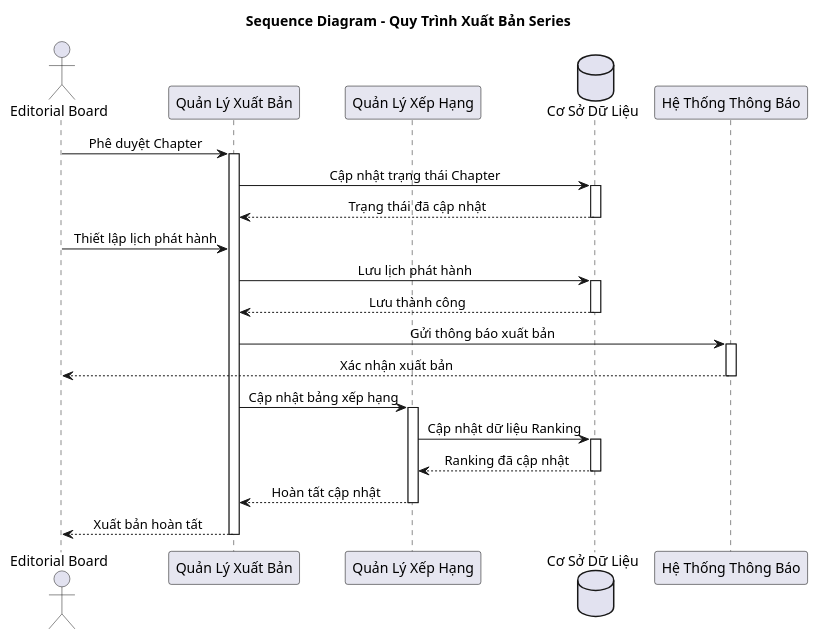
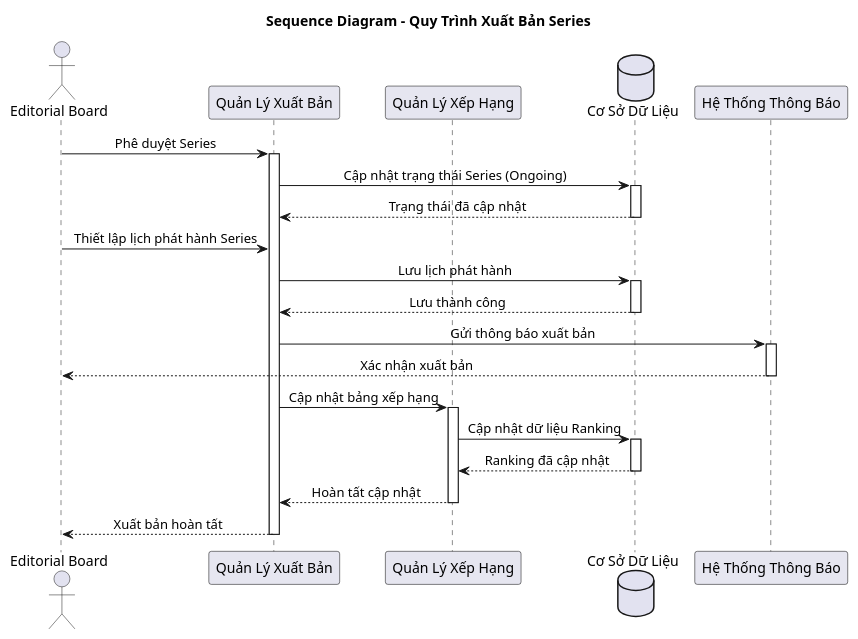
One commit to trongtan0079/Manga-publishing-management-system changed the diagram in UML/sequence_diagram_manga_series_publishing.puml. Above: the diagram before and after it, drawn with PlantUML. The commit also changed 9 other files, not shown here.

Commit message:
docs(uml): Dong bo hoa toan bo cac bieu do UML va tai lieu dac ta thiet ke theo luong nghiep vu moi sach AI

```diff
--- a/UML/sequence_diagram_manga_series_publishing.puml
+++ b/UML/sequence_diagram_manga_series_publishing.puml
@@ -1,50 +1,50 @@
 @startuml
 
 skinparam Shadowing false
 skinparam ParticipantBackgroundColor #E6E6F0
 skinparam ParticipantBorderColor Black
 skinparam SequenceMessageAlign center
 
 title Sequence Diagram - Quy Trình Xuất Bản Series
 
 actor "Editorial Board" as Board
 participant "Quản Lý Xuất Bản" as PublishManager
 participant "Quản Lý Xếp Hạng" as RankingManager
 database "Cơ Sở Dữ Liệu" as DB
 participant "Hệ Thống Thông Báo" as Notification
 
-Board -> PublishManager : Phê duyệt Chapter
+Board -> PublishManager : Phê duyệt Series
 activate PublishManager
 
-PublishManager -> DB : Cập nhật trạng thái Chapter
+PublishManager -> DB : Cập nhật trạng thái Series (Ongoing)
 activate DB
 DB --> PublishManager : Trạng thái đã cập nhật
 deactivate DB
 
-Board -> PublishManager : Thiết lập lịch phát hành
+Board -> PublishManager : Thiết lập lịch phát hành Series
 
 PublishManager -> DB : Lưu lịch phát hành
 activate DB
 DB --> PublishManager : Lưu thành công
 deactivate DB
 
 PublishManager -> Notification : Gửi thông báo xuất bản
 activate Notification
 Notification --> Board : Xác nhận xuất bản
 deactivate Notification
 
 PublishManager -> RankingManager : Cập nhật bảng xếp hạng
 activate RankingManager
 
 RankingManager -> DB : Cập nhật dữ liệu Ranking
 activate DB
 DB --> RankingManager : Ranking đã cập nhật
 deactivate DB
 
 RankingManager --> PublishManager : Hoàn tất cập nhật
 deactivate RankingManager
 
 PublishManager --> Board : Xuất bản hoàn tất
 deactivate PublishManager
 
 @enduml
```
